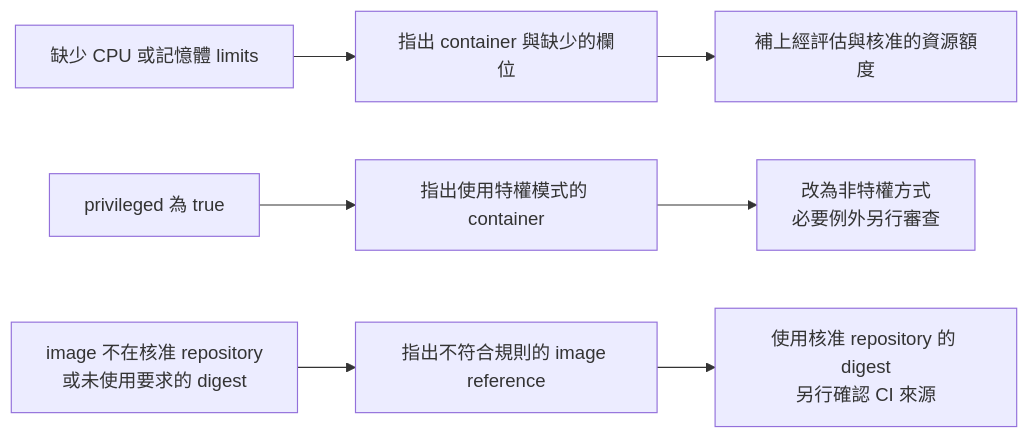
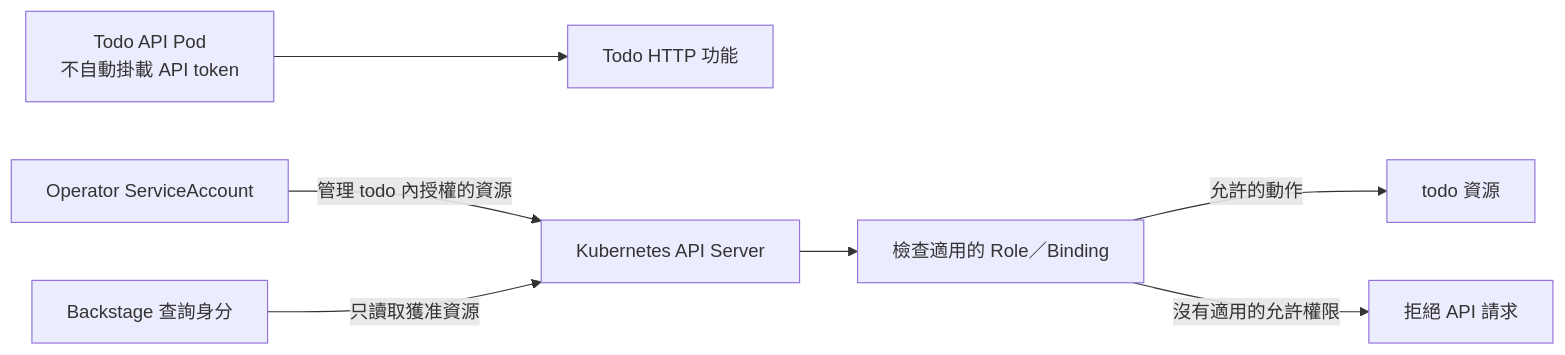
One commit to yrw9281/IT30.Platform.Engineering changed the diagram in doc/zh-tw/D27.md. Above: the diagram before and after it, drawn with Mermaid. The commit also changed other lines of this file and 30 other files, not shown here.

````diff
--- a/doc/zh-tw/D27.md
+++ b/doc/zh-tw/D27.md
@@ -25,9 +31,9 @@
 ```mermaid
 flowchart LR
-    Limits["缺少 CPU 或記憶體 limits"] --> LimitError["指出 container 與缺少的欄位"]
-    LimitError --> Budget["補上經評估與核准的資源額度"]
-    Privileged["privileged 為 true"] --> PrivilegeError["指出使用特權模式的 container"]
-    PrivilegeError --> Least["改為非特權方式<br/>必要例外另行審查"]
-    Image["image 不在核准 repository<br/>或未使用要求的 digest"] --> ImageError["指出不符合規則的 image reference"]
-    ImageError --> Trusted["使用核准 repository 的 digest<br/>另行確認 CI 來源"]
+    App["Todo API Pod<br/>不自動掛載 API token"] --> HTTP["Todo HTTP 功能"]
+    Operator["Operator ServiceAccount"] -->|"管理 todo 內授權的資源"| API["Kubernetes API Server"]
+    Reader["Backstage 查詢身分"] -->|"只讀取獲准資源"| API
+    API --> RBAC["檢查適用的 Role／Binding"]
+    RBAC -->|"允許的動作"| Todo["todo 資源"]
+    RBAC -->|"沒有適用的允許權限"| Denied["拒絕 API 請求"]
 ```
````
